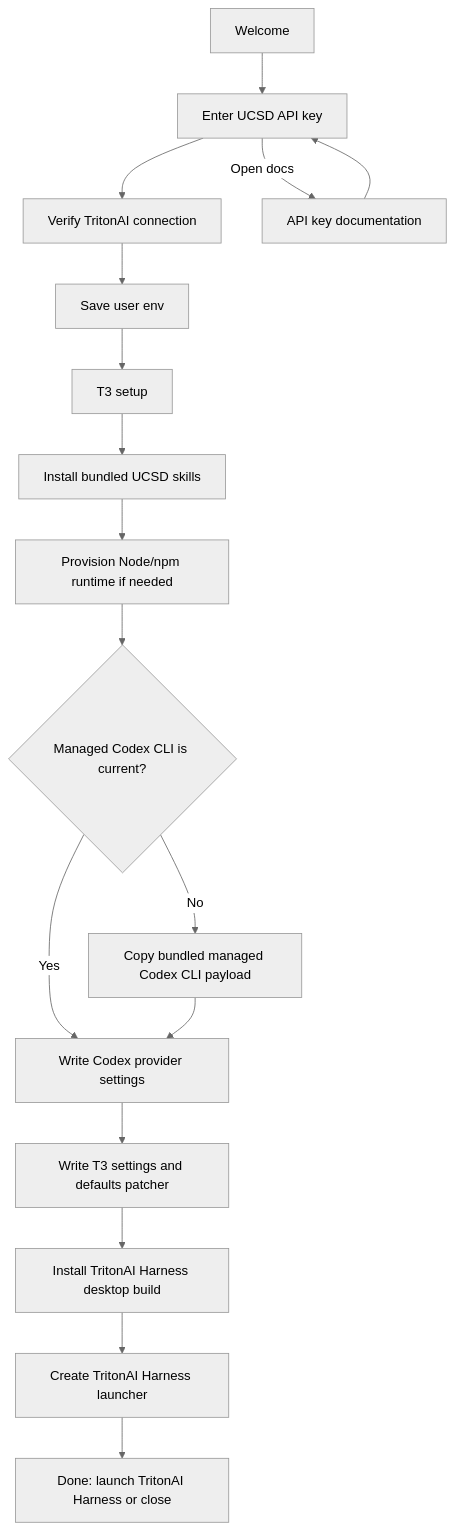
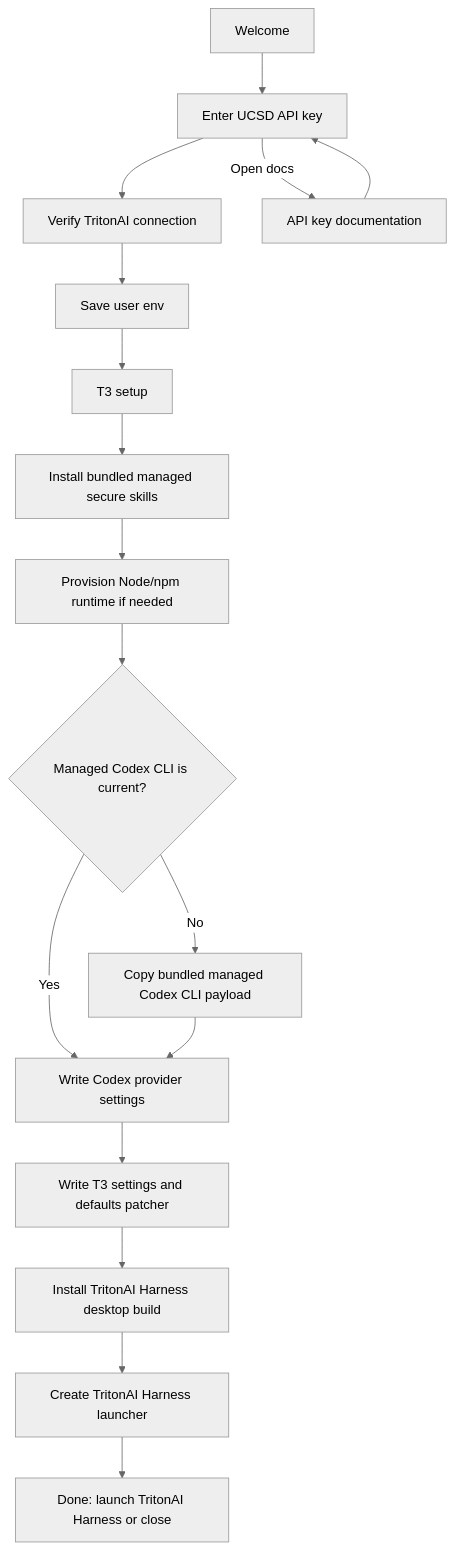
Before and after one commit to dbalders/TritonAI-Installer: the diagram in docs/architecture.md, drawn with Mermaid (neutral theme). The commit also changed other lines of this file and 14 other files, not shown here.

Commit message:
Bundle secure skills with managed ownership

````diff
--- a/docs/architecture.md
+++ b/docs/architecture.md
@@ -9,19 +9,19 @@
 ```mermaid
 flowchart TD
   A["Welcome"] --> B["Enter UCSD API key"]
   B --> V["Verify TritonAI connection"]
   B -->|"Open docs"| D["API key documentation"]
   V --> C["Save user env"]
   D --> B
   C --> E["T3 setup"]
-  E --> S["Install bundled UCSD skills"]
+  E --> S["Install bundled managed secure skills"]
   S --> F["Provision Node/npm runtime if needed"]
   F --> G{"Managed Codex CLI is current?"}
   G -->|"Yes"| J["Write Codex provider settings"]
   G -->|"No"| I["Copy bundled managed Codex CLI payload"]
   I --> J
   J --> K["Write T3 settings and defaults patcher"]
   K --> L["Install TritonAI Harness desktop build"]
   L --> M["Create TritonAI Harness launcher"]
   M --> N["Done: launch TritonAI Harness or close"]
 ```
````
